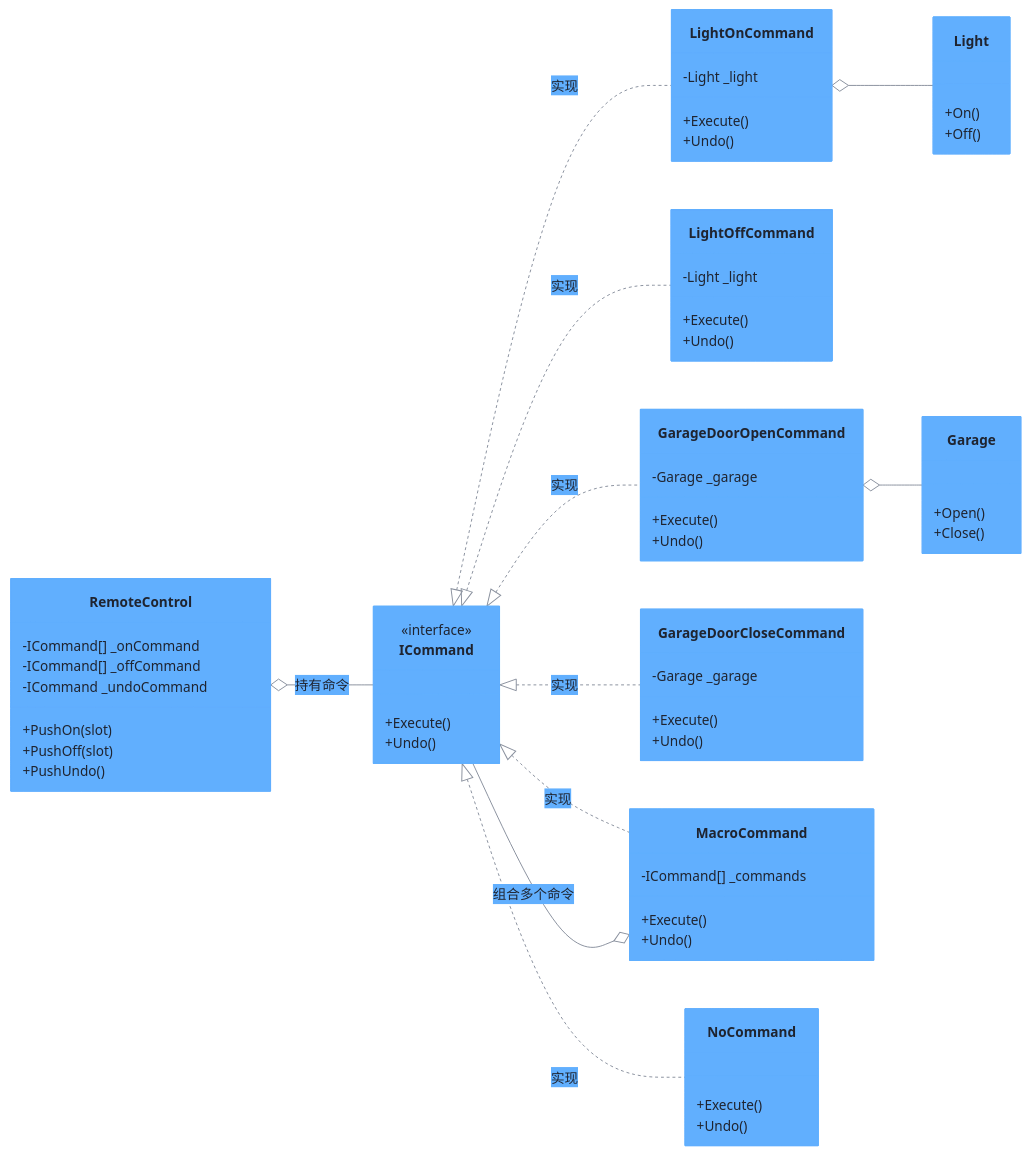
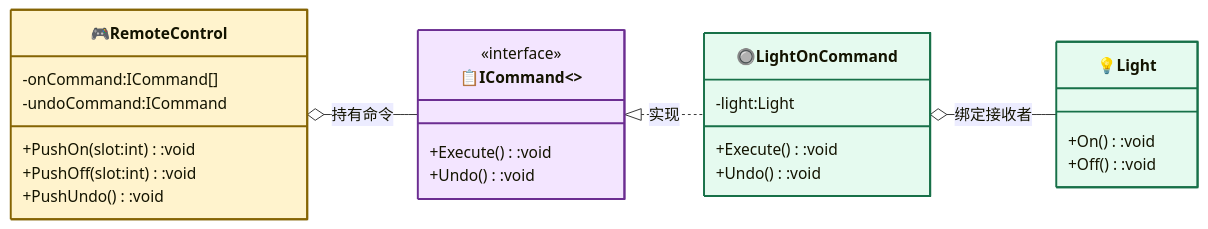
Before and after one commit to hollson/design_patterns: the diagram in CommandPattern/README.md, drawn with Mermaid. The commit also changed other lines of this file and 19 other files, not shown here.

Commit message:
docs: refactor mermaid diagrams to basic GoF model style for all 20 design patterns

````diff
--- a/CommandPattern/README.md
+++ b/CommandPattern/README.md
@@ -23,66 +34,35 @@
 ```mermaid
-%%{init: {"theme": "base", "themeVariables": {"primaryColor": "#61affe", "primaryTextColor": "#1f2430", "primaryBorderColor": "#61affe", "lineColor": "#8a919e", "secondaryColor": "#eaf2fb", "tertiaryColor": "#f5f7fa", "noteBkgColor": "#fff3d6", "noteTextColor": "#1f2430", "fontSize": "14px"}}}%%
+%%{init: {"classDiagram": {"useMarkdownLabels": true}} }%%
 classDiagram
     direction LR
-    class ICommand {
+
+    class Invoker["🎮RemoteControl"]:::contextCls{
+        -onCommand:ICommand[]
+        -undoCommand:ICommand
+        +PushOn(slot:int):void
+        +PushOff(slot:int):void
+        +PushUndo():void
+    }
+    class Command["📋ICommand<<interface>>"]:::strategyCls{
         <<interface>>
-        +Execute()
-        +Undo()
+        +Execute():void
+        +Undo():void
     }
-    class RemoteControl {
-        -ICommand[] _onCommand
-        -ICommand[] _offCommand
-        -ICommand _undoCommand
-        +PushOn(slot)
-        +PushOff(slot)
-        +PushUndo()
+    class ConcreteCommand["🔘LightOnCommand"]:::concreteCls{
+        -light:Light
+        +Execute():void
+        +Undo():void
     }
-    class LightOnCommand {
-        -Light _light
-        +Execute()
-        +Undo()
-    }
-    class LightOffCommand {
-        -Light _light
-        +Execute()
-        +Undo()
-    }
-    class GarageDoorOpenCommand {
-        -Garage _garage
-        +Execute()
-        +Undo()
-    }
-    class GarageDoorCloseCommand {
-        -Garage _garage
-        +Execute()
-        +Undo()
-    }
-    class MacroCommand {
-        -ICommand[] _commands
-        +Execute()
-        +Undo()
-    }
-    class NoCommand {
-        +Execute()
-        +Undo()
-    }
-    class Light {
-        +On()
-        +Off()
-    }
-    class Garage {
-        +Open()
-        +Close()
+    class Receiver["💡Light"]:::concreteCls{
+        +On():void
+        +Off():void
     }
 
-    ICommand <|.. LightOnCommand : 实现
-    ICommand <|.. LightOffCommand : 实现
-    ICommand <|.. GarageDoorOpenCommand : 实现
-    ICommand <|.. GarageDoorCloseCommand : 实现
-    ICommand <|.. MacroCommand : 实现
-    ICommand <|.. NoCommand : 实现
-    LightOnCommand o-- Light
-    GarageDoorOpenCommand o-- Garage
-    RemoteControl o-- ICommand : 持有命令
-    MacroCommand o-- ICommand : 组合多个命令
+    Invoker o-- Command : 持有命令
+    Command <|.. ConcreteCommand : 实现
+    ConcreteCommand o-- Receiver : 绑定接收者
+
+    classDef contextCls fill:#fff3cd,stroke:#856404,stroke-width:2px
+    classDef strategyCls fill:#f3e5ff,stroke:#6b2d91,stroke-width:2px
+    classDef concreteCls fill:#e5faef,stroke:#177048,stroke-width:2px
 ```
````
